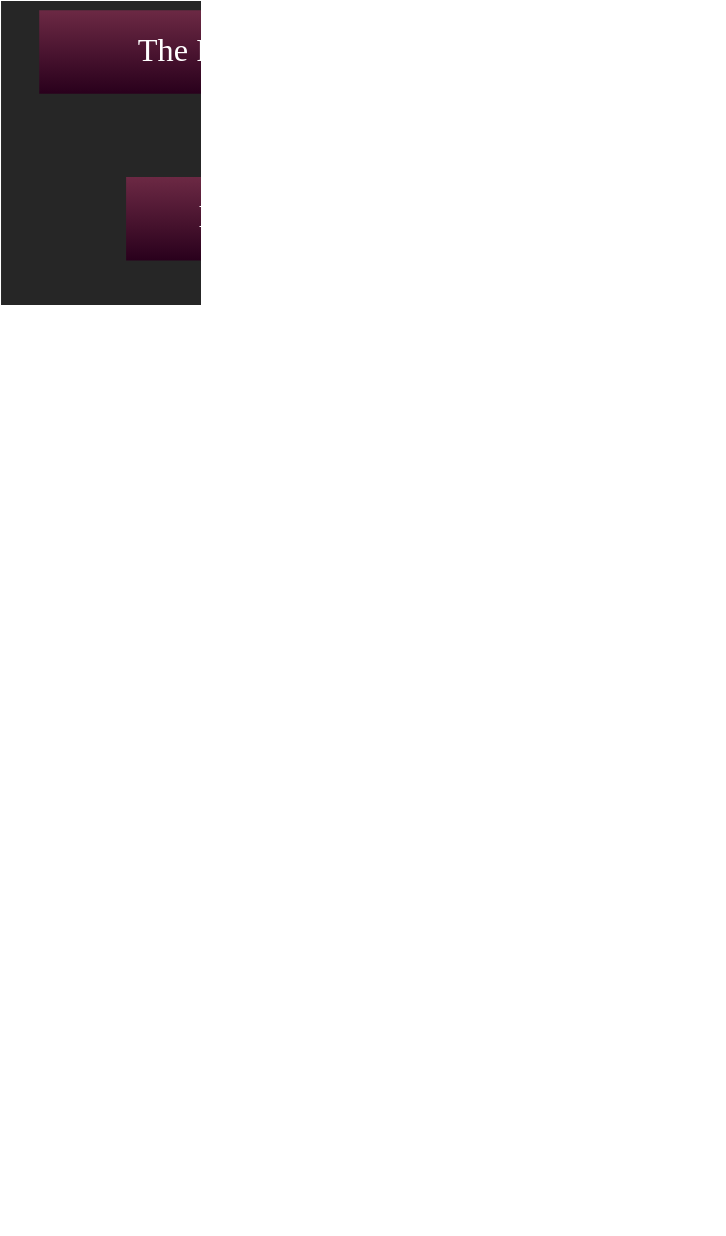
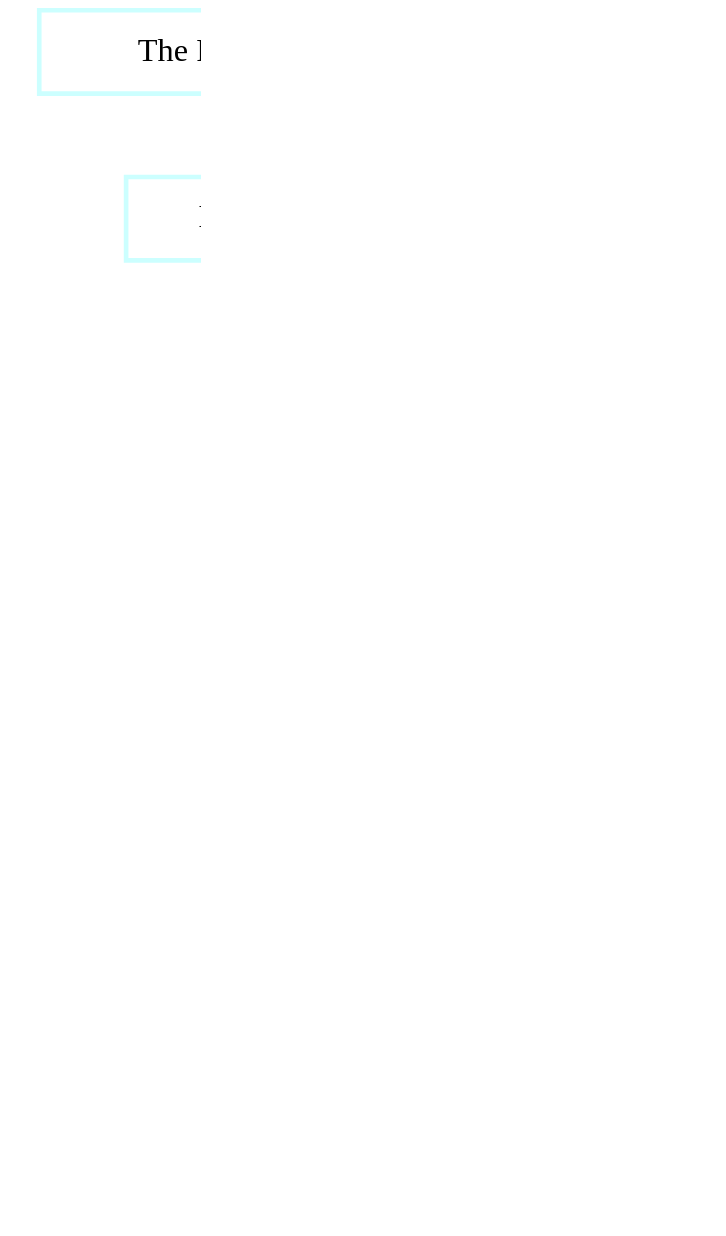
One commit to julianfl0w/Deism changed the diagram in graphs/Evolutionary_Lineage.dot. Above: the diagram before and after it, drawn with Graphviz. The commit also changed 41 other files, not shown here.

```diff
--- a/graphs/Evolutionary_Lineage.dot
+++ b/graphs/Evolutionary_Lineage.dot
@@ -1,24 +1,24 @@
 digraph D {
 rankdir = TB
 style = filled
-fontcolor = white
-color = white
-bgcolor = "#262626"
+fontcolor = black
+color = black
+bgcolor = white
 gradientangle = 0
 dpi = 300
-"cluster_40" [rankdir=TB, shape=box, penwidth=0, color=black, fontcolor=white, fillcolor="#6C2944:#29001C", style=filled, gradientangle=270.05, label="The Fundamental Particles, which are inert"]
-"cluster_41" [rankdir=TB, shape=box, penwidth=0, color=black, fontcolor=white, fillcolor="#6C2944:#29001C", style=filled, gradientangle=270.05, label="LUCA, who begat the Prokaryota"]
-"cluster_42" [rankdir=TB, shape=box, penwidth=0, color=black, fontcolor=white, fillcolor="#6C2944:#29001C", style=filled, gradientangle=270.05, label="Asgards, who engulfed bacteria"]
-"cluster_43" [rankdir=TB, shape=box, penwidth=0, color=black, fontcolor=white, fillcolor="#6C2944:#29001C", style=filled, gradientangle=270.05, label="Eukarya, who protect their centers"]
-"cluster_44" [rankdir=TB, shape=box, penwidth=0, color=black, fontcolor=white, fillcolor="#6C2944:#29001C", style=filled, gradientangle=270.05, label="Amorphea, who swim with tails"]
-"cluster_45" [rankdir=TB, shape=box, penwidth=0, color=black, fontcolor=white, fillcolor="#6C2944:#29001C", style=filled, gradientangle=270.05, label="Animalia, who propagate in pairs"]
-"cluster_46" [rankdir=TB, shape=box, penwidth=0, color=black, fontcolor=white, fillcolor="#6C2944:#29001C", style=filled, gradientangle=270.05, label="Humankind, who communicate clearly"]
-"cluster_47" [rankdir=TB, shape=box, penwidth=0, color=black, fontcolor=white, fillcolor="#6C2944:#29001C", style=filled, gradientangle=270.05, label="The Son of Man, who will usher in the new age"]
-"cluster_46" -> "cluster_47" [color=white, penwidth=1, ltail="cluster_46", lhead="cluster_47"]
-"cluster_45" -> "cluster_46" [color=white, penwidth=1, ltail="cluster_46", lhead="cluster_47"]
-"cluster_44" -> "cluster_45" [color=white, penwidth=1, ltail="cluster_46", lhead="cluster_47"]
-"cluster_43" -> "cluster_44" [color=white, penwidth=1, ltail="cluster_46", lhead="cluster_47"]
-"cluster_42" -> "cluster_43" [color=white, penwidth=1, ltail="cluster_46", lhead="cluster_47"]
-"cluster_41" -> "cluster_42" [color=white, penwidth=1, ltail="cluster_46", lhead="cluster_47"]
-"cluster_40" -> "cluster_41" [color=white, penwidth=1, ltail="cluster_46", lhead="cluster_47"]
+"cluster_40" [rankdir=TB, shape=box, penwidth=2, color="#ccffff", fontcolor=black, fillcolor=white, style=filled, gradientangle=270.05, label="The Fundamental Particles, which are inert"]
+"cluster_41" [rankdir=TB, shape=box, penwidth=2, color="#ccffff", fontcolor=black, fillcolor=white, style=filled, gradientangle=270.05, label="LUCA, who begat the Prokaryota"]
+"cluster_42" [rankdir=TB, shape=box, penwidth=2, color="#ccffff", fontcolor=black, fillcolor=white, style=filled, gradientangle=270.05, label="Asgards, who engulfed bacteria"]
+"cluster_43" [rankdir=TB, shape=box, penwidth=2, color="#ccffff", fontcolor=black, fillcolor=white, style=filled, gradientangle=270.05, label="Eukarya, who protect their centers"]
+"cluster_44" [rankdir=TB, shape=box, penwidth=2, color="#ccffff", fontcolor=black, fillcolor=white, style=filled, gradientangle=270.05, label="Amorphea, who swim with tails"]
+"cluster_45" [rankdir=TB, shape=box, penwidth=2, color="#ccffff", fontcolor=black, fillcolor=white, style=filled, gradientangle=270.05, label="Animalia, who propagate in pairs"]
+"cluster_46" [rankdir=TB, shape=box, penwidth=2, color="#ccffff", fontcolor=black, fillcolor=white, style=filled, gradientangle=270.05, label="Humankind, who communicate clearly"]
+"cluster_47" [rankdir=TB, shape=box, penwidth=2, color="#ccffff", fontcolor=black, fillcolor=white, style=filled, gradientangle=270.05, label="The Son of Man, who will usher in the new age"]
+"cluster_46" -> "cluster_47" [color="#ccffff", penwidth=1, ltail="cluster_46", lhead="cluster_47"]
+"cluster_45" -> "cluster_46" [color="#ccffff", penwidth=1, ltail="cluster_46", lhead="cluster_47"]
+"cluster_44" -> "cluster_45" [color="#ccffff", penwidth=1, ltail="cluster_46", lhead="cluster_47"]
+"cluster_43" -> "cluster_44" [color="#ccffff", penwidth=1, ltail="cluster_46", lhead="cluster_47"]
+"cluster_42" -> "cluster_43" [color="#ccffff", penwidth=1, ltail="cluster_46", lhead="cluster_47"]
+"cluster_41" -> "cluster_42" [color="#ccffff", penwidth=1, ltail="cluster_46", lhead="cluster_47"]
+"cluster_40" -> "cluster_41" [color="#ccffff", penwidth=1, ltail="cluster_46", lhead="cluster_47"]
 }
```
